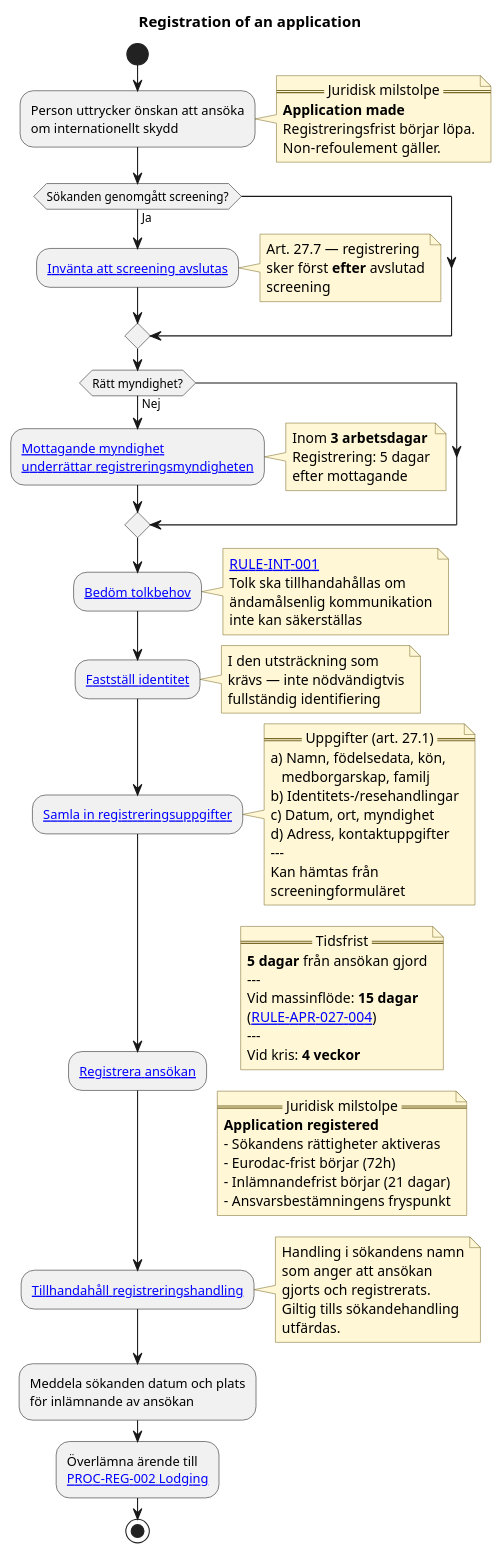
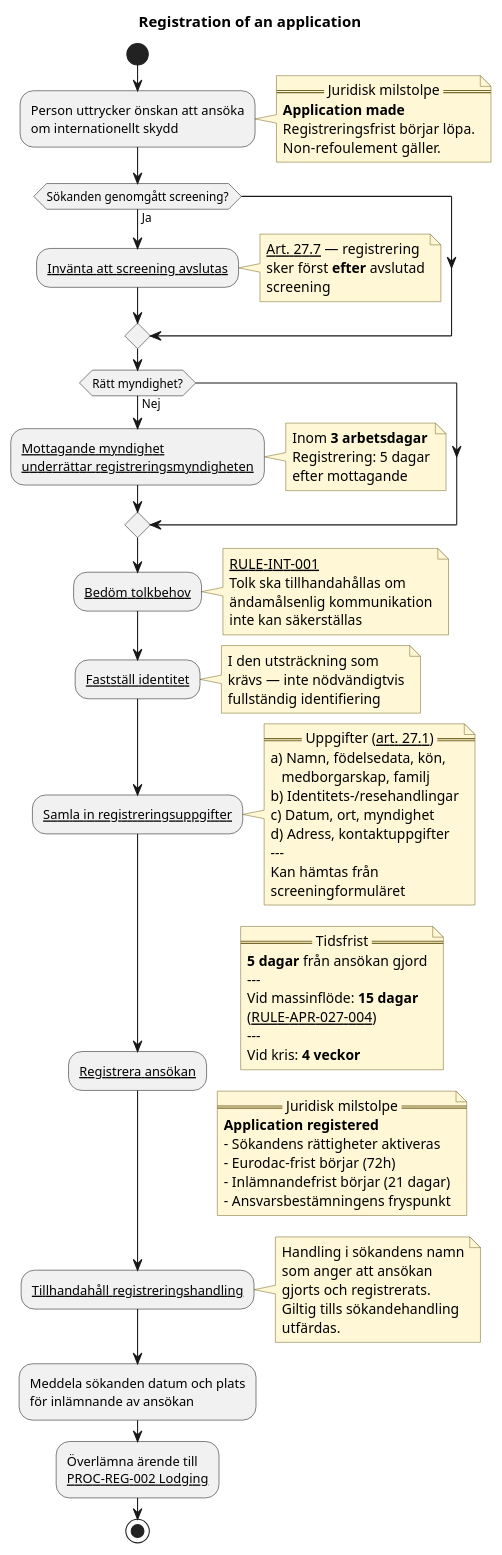
One commit to chrhe894/migration_pact changed the diagram in domains/registration/diagrams/registration-of-an-application.pu. Above: the diagram before and after it, drawn with PlantUML. The commit also changed 18 other files, not shown here.

Commit message:
Better links in diagrams

```diff
--- a/domains/registration/diagrams/registration-of-an-application.pu
+++ b/domains/registration/diagrams/registration-of-an-application.pu
@@ -15,111 +15,113 @@
 @startuml registration-of-an-application
 
 title Registration of an application
 
 skinparam shadowing false
 skinparam defaultFontName Arial
 skinparam note {
   BackgroundColor #FFF7D6
   BorderColor #7A6A2A
 }
+skinparam HyperlinkColor Black
+skinparam HyperlinkUnderline true
 
 start
 
 :Person uttrycker önskan att ansöka
 om internationellt skydd;
 
 note right
   == Juridisk milstolpe ==
   **Application made**
   Registreringsfrist börjar löpa.
   Non-refoulement gäller.
 end note
 
 if (Sökanden genomgått screening?) then (Ja)
 
     :[[../rules/rule-apr-027-005.md Invänta att screening avslutas]];
     note right
-      Art. 27.7 — registrering
+      [[../articles/apr-027.md Art. 27.7]] — registrering
       sker först **efter** avslutad
       screening
     end note
 
 endif
 
 if (Rätt myndighet?) then (Nej)
 
     :[[../rules/rule-apr-027-003.md Mottagande myndighet\nunderrättar registreringsmyndigheten]];
     note right
       Inom **3 arbetsdagar**
       Registrering: 5 dagar
       efter mottagande
     end note
 
 endif
 
 :[[../../../shared/interpreters/activities/determine-interpreter-needs.md Bedöm tolkbehov]];
 note right
   [[../../../shared/interpreters/rules/rule-int-001.md RULE-INT-001]]
   Tolk ska tillhandahållas om
   ändamålsenlig kommunikation
   inte kan säkerställas
 end note
 
 :[[../../../shared/identity/activities/verify-identity.md Fastställ identitet]];
 note right
   I den utsträckning som
   krävs — inte nödvändigtvis
   fullständig identifiering
 end note
 
 :[[../rules/rule-apr-027-002.md Samla in registreringsuppgifter]];
 note right
-  == Uppgifter (art. 27.1) ==
+  == Uppgifter ([[../articles/apr-027.md art. 27.1]]) ==
   a) Namn, födelsedata, kön,
      medborgarskap, familj
   b) Identitets-/resehandlingar
   c) Datum, ort, myndighet
   d) Adress, kontaktuppgifter
   ---
   Kan hämtas från
   screeningformuläret
 end note
 
 :[[../rules/rule-apr-027-001.md Registrera ansökan]];
 note right
   == Tidsfrist ==
   **5 dagar** från ansökan gjord
   ---
   Vid massinflöde: **15 dagar**
   ([[../rules/rule-apr-027-004.md RULE-APR-027-004]])
   ---
   Vid kris: **4 veckor**
 end note
 
 note right
   == Juridisk milstolpe ==
   **Application registered**
   - Sökandens rättigheter aktiveras
   - Eurodac-frist börjar (72h)
   - Inlämnandefrist börjar (21 dagar)
   - Ansvarsbestämningens fryspunkt
 end note
 
 :[[../rules/rule-apr-029-001.md Tillhandahåll registreringshandling]];
 note right
   Handling i sökandens namn
   som anger att ansökan
   gjorts och registrerats.
   Giltig tills sökandehandling
   utfärdas.
 end note
 
 :Meddela sökanden datum och plats
 för inlämnande av ansökan;
 
 :Överlämna ärende till
 [[../processes/lodging-an-application.md PROC-REG-002 Lodging]];
 
 stop
 
 @enduml
```
